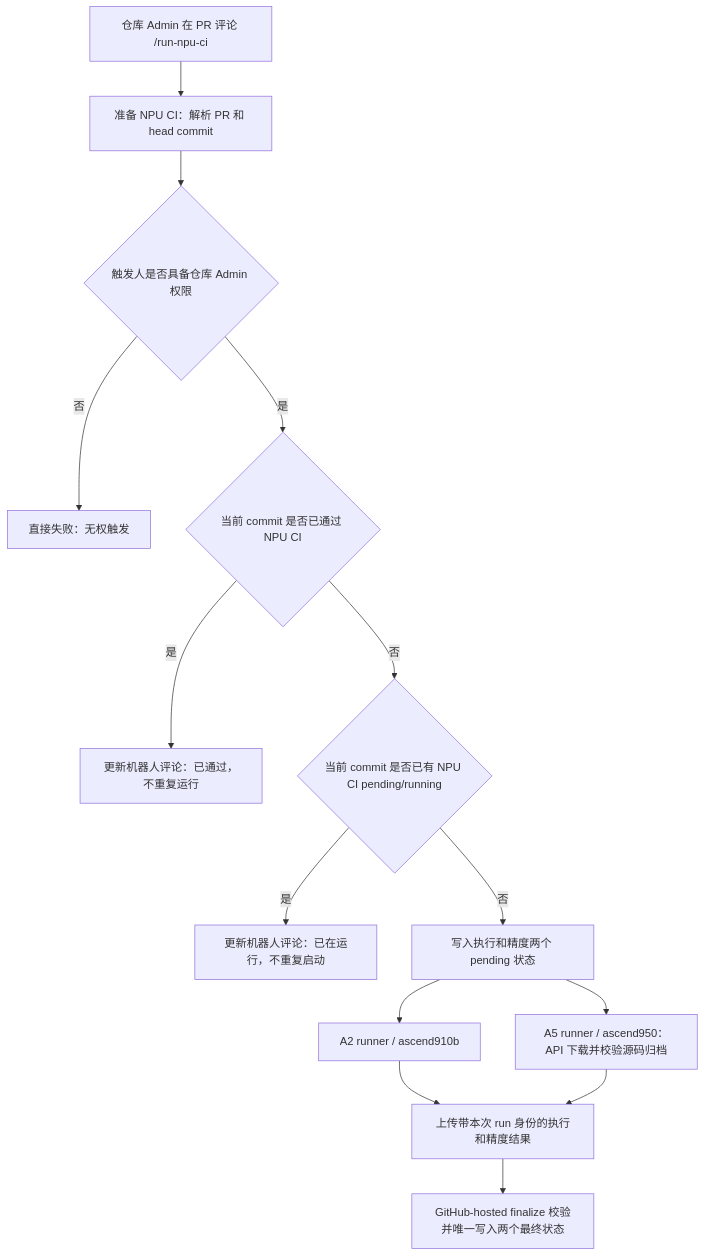
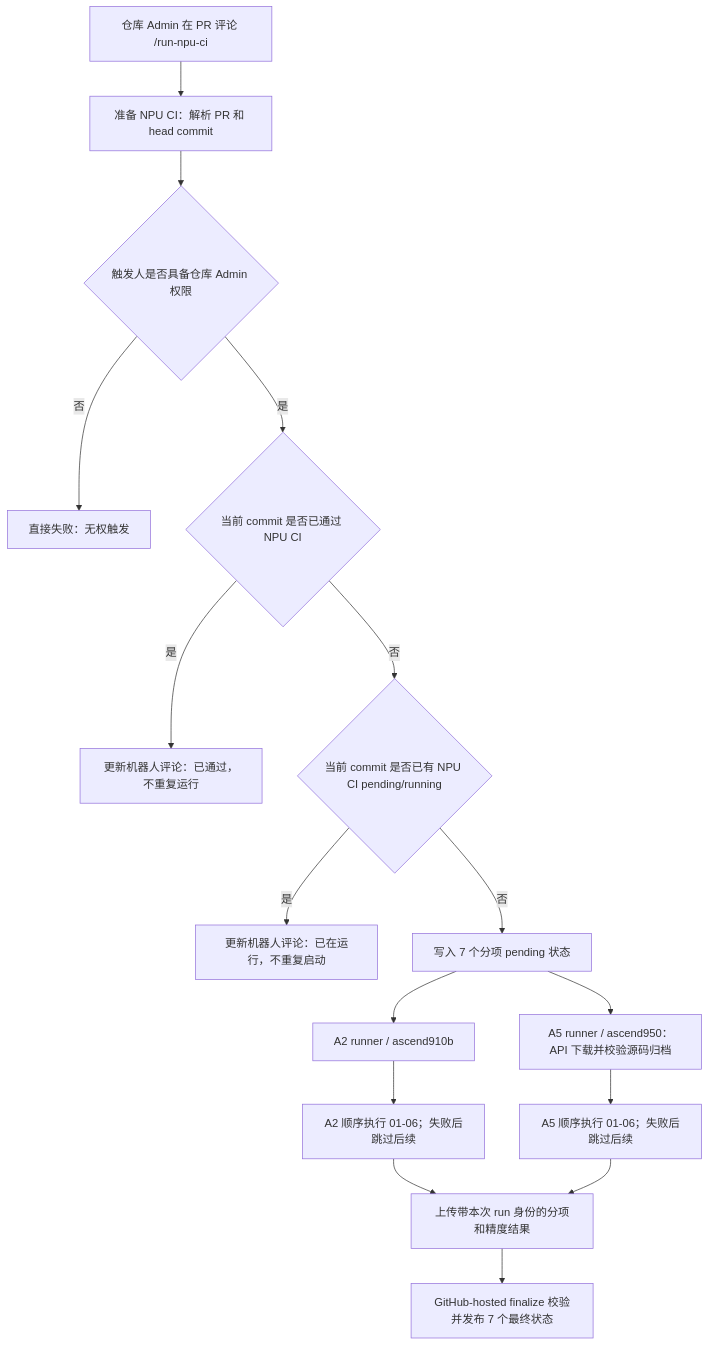
Before and after one commit to flashserve/flash-linear-attention-npu: the second of 4 diagrams in docs/Fla-npu仓CI部署教程.md, drawn with Mermaid. The commit also changed other lines of this file and 17 other files, not shown here.

````diff
--- a/docs/Fla-npu仓CI部署教程.md
+++ b/docs/Fla-npu仓CI部署教程.md
@@ -78,16 +89,18 @@
 ```mermaid
 flowchart TD
     A["仓库 Admin 在 PR 评论 /run-npu-ci"] --> B["准备 NPU CI：解析 PR 和 head commit"]
     B --> C{"触发人是否具备仓库 Admin 权限"}
     C -- "否" --> D["直接失败：无权触发"]
     C -- "是" --> E{"当前 commit 是否已通过 NPU CI"}
     E -- "是" --> F["更新机器人评论：已通过，不重复运行"]
     E -- "否" --> G{"当前 commit 是否已有 NPU CI pending/running"}
     G -- "是" --> H["更新机器人评论：已在运行，不重复启动"]
-    G -- "否" --> I["写入执行和精度两个 pending 状态"]
+    G -- "否" --> I["写入 7 个分项 pending 状态"]
     I --> J["A2 runner / ascend910b"]
     I --> K["A5 runner / ascend950：API 下载并校验源码归档"]
-    J --> L["上传带本次 run 身份的执行和精度结果"]
-    K --> L
-    L --> M["GitHub-hosted finalize 校验并唯一写入两个最终状态"]
+    J --> L["A2 顺序执行 01-06；失败后跳过后续"]
+    K --> M["A5 顺序执行 01-06；失败后跳过后续"]
+    L --> N["上传带本次 run 身份的分项和精度结果"]
+    M --> N
+    N --> O["GitHub-hosted finalize 校验并发布 7 个最终状态"]
 ```
````
